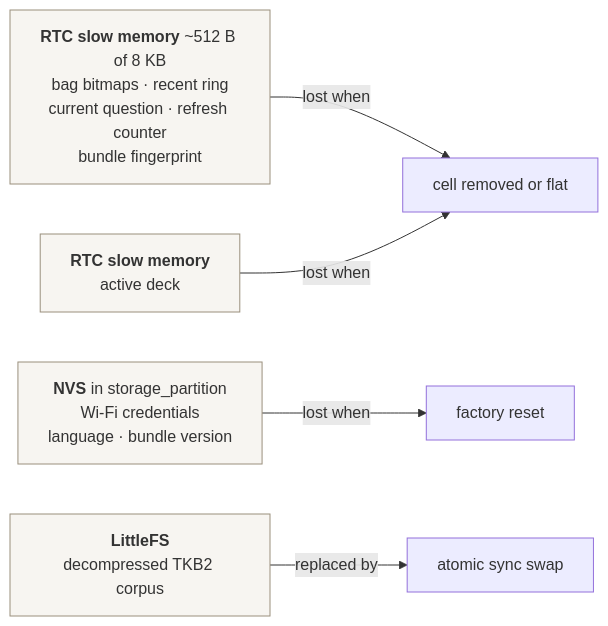
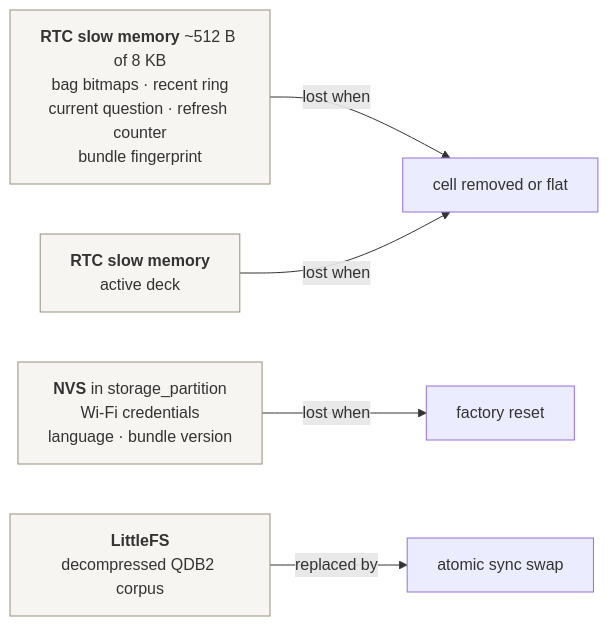
One commit to giacomomellone/cicala changed the tenth of 13 diagrams in docs/firmware_architecture.md. Above: the diagram before and after it, drawn with Mermaid. The commit also changed other lines of this file and 31 other files, not shown here.

First line of the commit message:
refactor: the bundle is a .qdb, not a .tkb

````diff
--- a/docs/firmware_architecture.md
+++ b/docs/firmware_architecture.md
@@ -634,22 +634,22 @@
 ```mermaid
 flowchart LR
     RTC["`**RTC slow memory** ~512 B of 8 KB
     bag bitmaps · recent ring
     current question · refresh counter
     bundle fingerprint`"]
     NVS["`**NVS** in storage_partition
     Wi-Fi credentials
     language · bundle version`"]
     LFS["`**LittleFS**
-    decompressed TKB2 corpus`"]
+    decompressed QDB2 corpus`"]
     ACT["`**RTC slow memory**
     active deck`"]
 
     RTC -- lost when --> B1[cell removed or flat]
     NVS -- lost when --> B2[factory reset]
     LFS -- replaced by --> B3[atomic sync swap]
     ACT -- lost when --> B1
 
     classDef k fill:#f7f5f1,stroke:#9a8f7d
     class RTC,NVS,LFS,ACT k
 ```
````
